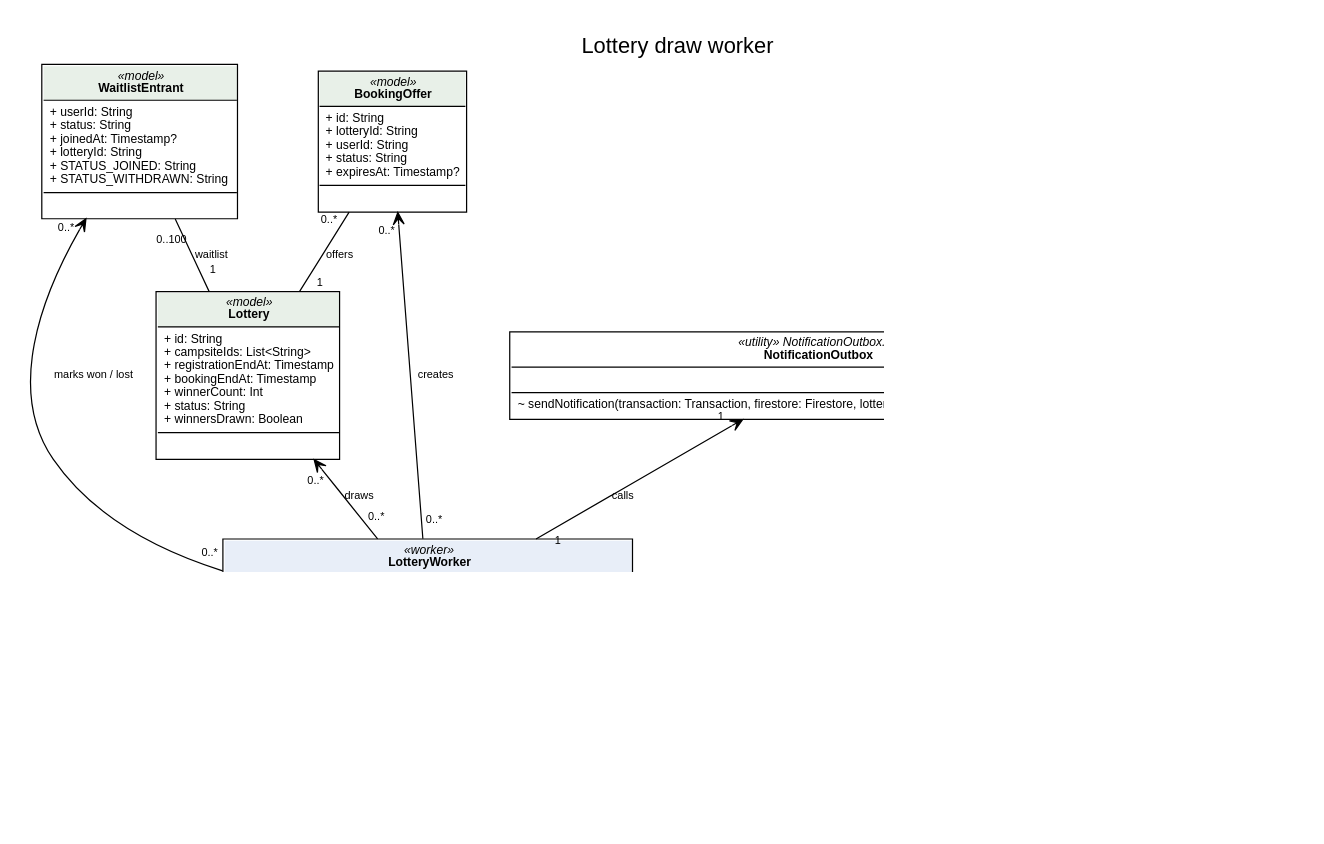
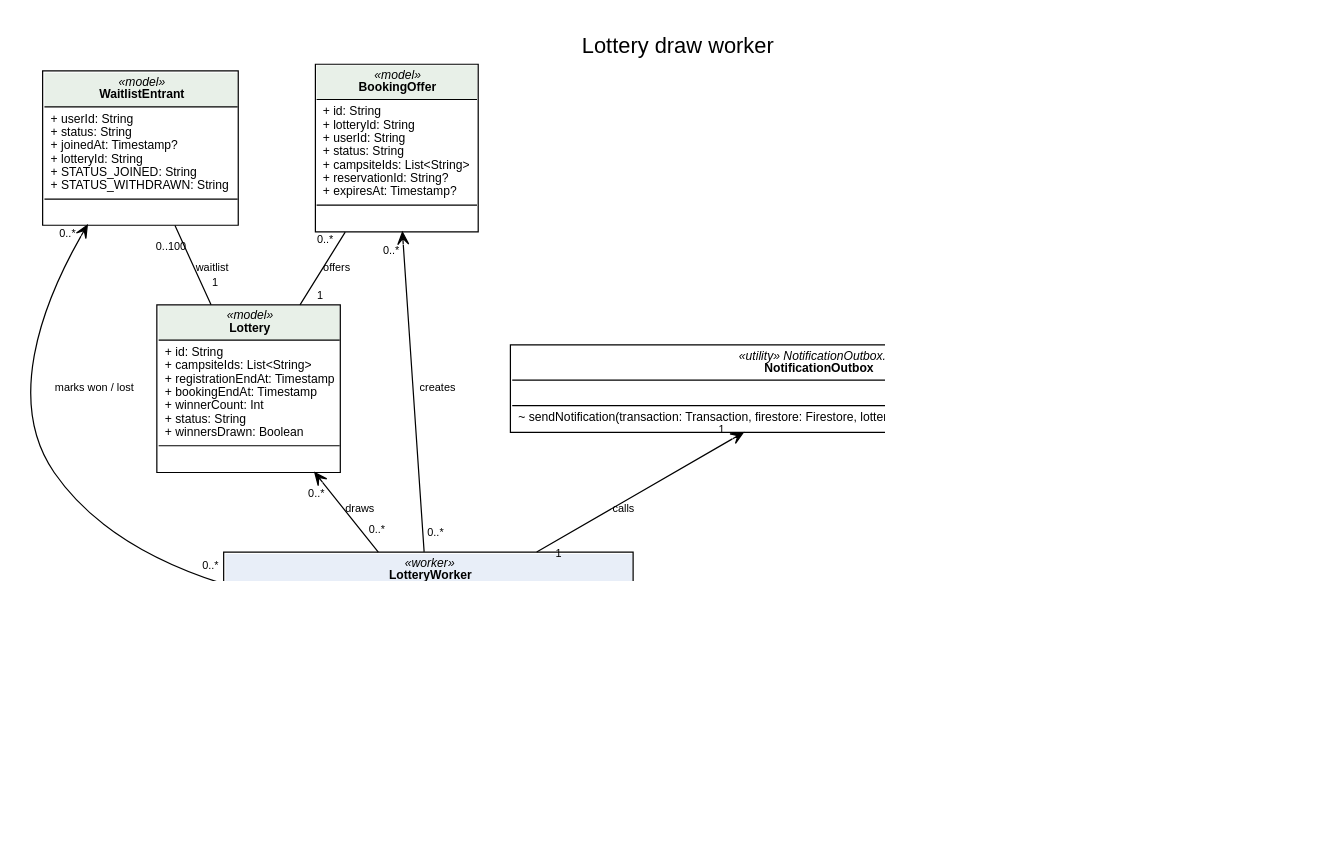
One commit to CMPUT301F26-legion/legion-events changed the diagram in doc/uml/lottery_worker.dot. Above: the diagram before and after it, drawn with Graphviz. The commit also changed 34 other files, not shown here.

```diff
--- a/doc/uml/lottery_worker.dot
+++ b/doc/uml/lottery_worker.dot
@@ -1,29 +1,29 @@
 // UML class diagram: lottery draw worker (Person 6)
 // Render with: python3 render.py lottery_worker.dot lottery_worker.png  (needs Graphviz and Google Chrome)
 digraph G {
   graph [rankdir=BT fontname="Liberation Sans" nodesep=0.5 ranksep=0.7 dpi=110 pad=0.3
          label="Lottery draw worker" labelloc=t fontsize=18];
   node  [shape=plain fontname="Liberation Sans" fontsize=10];
   edge  [fontname="Liberation Sans" fontsize=9 labeldistance=1.8 labelangle=35];
   // Notation: extends (hollow triangle), one-way navigability (open arrow), association (plain line),
   // aggregation (hollow diamond on the owner), composition (filled diamond on the owner).
   // taillabel = source multiplicity, headlabel = target multiplicity. Extends has none.
 
   Main [label=<<TABLE BORDER="1" CELLBORDER="0" CELLSPACING="0" CELLPADDING="4"><TR><TD><I>«utility» Main.kt</I><BR/><B>Main</B></TD></TR><TR><TD ALIGN="LEFT" BALIGN="LEFT" SIDES="T" BORDER="1"> </TD></TR><TR><TD ALIGN="LEFT" BALIGN="LEFT" SIDES="T" BORDER="1">+ main(args: Array&lt;String&gt;)<BR/>- sendLotteryPush(messaging: FirebaseMessaging, push: LotteryPush): Boolean</TD></TR></TABLE>>];
   LotteryWorker [label=<<TABLE BORDER="1" CELLBORDER="0" CELLSPACING="0" CELLPADDING="4"><TR><TD BGCOLOR="#e8eef8"><I>«worker»</I><BR/><B>LotteryWorker</B></TD></TR><TR><TD ALIGN="LEFT" BALIGN="LEFT" SIDES="T" BORDER="1">- firestore: Firestore<BR/>- MAX_WAITLIST_LIMIT = 100</TD></TR><TR><TD ALIGN="LEFT" BALIGN="LEFT" SIDES="T" BORDER="1">+ drawDueLotteries(cutoff: Timestamp): Int<BR/>- drawLottery(reference: DocumentReference, cutoff: Timestamp): Boolean<BR/>- DocumentSnapshot.isDue(cutoff: Timestamp): Boolean</TD></TR></TABLE>>];
   NotificationOutbox [label=<<TABLE BORDER="1" CELLBORDER="0" CELLSPACING="0" CELLPADDING="4"><TR><TD><I>«utility» NotificationOutbox.kt</I><BR/><B>NotificationOutbox</B></TD></TR><TR><TD ALIGN="LEFT" BALIGN="LEFT" SIDES="T" BORDER="1"> </TD></TR><TR><TD ALIGN="LEFT" BALIGN="LEFT" SIDES="T" BORDER="1">~ sendNotification(transaction: Transaction, firestore: Firestore, lotteryId: String, toUserId: String, offerId: String?)</TD></TR></TABLE>>];
   Lottery [label=<<TABLE BORDER="1" CELLBORDER="0" CELLSPACING="0" CELLPADDING="4"><TR><TD BGCOLOR="#e8f0e8"><I>«model»</I><BR/><B>Lottery</B></TD></TR><TR><TD ALIGN="LEFT" BALIGN="LEFT" SIDES="T" BORDER="1">+ id: String<BR/>+ campsiteIds: List&lt;String&gt;<BR/>+ registrationEndAt: Timestamp<BR/>+ bookingEndAt: Timestamp<BR/>+ winnerCount: Int<BR/>+ status: String<BR/>+ winnersDrawn: Boolean</TD></TR><TR><TD ALIGN="LEFT" BALIGN="LEFT" SIDES="T" BORDER="1"> </TD></TR></TABLE>>];
   WaitlistEntrant [label=<<TABLE BORDER="1" CELLBORDER="0" CELLSPACING="0" CELLPADDING="4"><TR><TD BGCOLOR="#e8f0e8"><I>«model»</I><BR/><B>WaitlistEntrant</B></TD></TR><TR><TD ALIGN="LEFT" BALIGN="LEFT" SIDES="T" BORDER="1">+ userId: String<BR/>+ status: String<BR/>+ joinedAt: Timestamp?<BR/>+ lotteryId: String<BR/>+ STATUS_JOINED: String<BR/>+ STATUS_WITHDRAWN: String</TD></TR><TR><TD ALIGN="LEFT" BALIGN="LEFT" SIDES="T" BORDER="1"> </TD></TR></TABLE>>];
-  BookingOffer [label=<<TABLE BORDER="1" CELLBORDER="0" CELLSPACING="0" CELLPADDING="4"><TR><TD BGCOLOR="#e8f0e8"><I>«model»</I><BR/><B>BookingOffer</B></TD></TR><TR><TD ALIGN="LEFT" BALIGN="LEFT" SIDES="T" BORDER="1">+ id: String<BR/>+ lotteryId: String<BR/>+ userId: String<BR/>+ status: String<BR/>+ expiresAt: Timestamp?</TD></TR><TR><TD ALIGN="LEFT" BALIGN="LEFT" SIDES="T" BORDER="1"> </TD></TR></TABLE>>];
+  BookingOffer [label=<<TABLE BORDER="1" CELLBORDER="0" CELLSPACING="0" CELLPADDING="4"><TR><TD BGCOLOR="#e8f0e8"><I>«model»</I><BR/><B>BookingOffer</B></TD></TR><TR><TD ALIGN="LEFT" BALIGN="LEFT" SIDES="T" BORDER="1">+ id: String<BR/>+ lotteryId: String<BR/>+ userId: String<BR/>+ status: String<BR/>+ campsiteIds: List&lt;String&gt;<BR/>+ reservationId: String?<BR/>+ expiresAt: Timestamp?</TD></TR><TR><TD ALIGN="LEFT" BALIGN="LEFT" SIDES="T" BORDER="1"> </TD></TR></TABLE>>];
   NotificationDelivery [label=<<TABLE BORDER="1" CELLBORDER="0" CELLSPACING="0" CELLPADDING="4"><TR><TD BGCOLOR="#e8eef8"><I>«worker»</I><BR/><B>NotificationDelivery</B></TD></TR><TR><TD ALIGN="LEFT" BALIGN="LEFT" SIDES="T" BORDER="1">- firestore: Firestore<BR/>- sendPush: (LotteryPush) -&gt; Boolean</TD></TR><TR><TD ALIGN="LEFT" BALIGN="LEFT" SIDES="T" BORDER="1">+ deliverPending(): Int<BR/>- prepare(reference: DocumentReference): Prepared<BR/>- finish(reference: DocumentReference, claimId: String, status: String)<BR/>- deliveryFields(status: String): Map&lt;String, Any&gt;</TD></TR></TABLE>>];
   LotteryPush [label=<<TABLE BORDER="1" CELLBORDER="0" CELLSPACING="0" CELLPADDING="4"><TR><TD><B>LotteryPush</B></TD></TR><TR><TD ALIGN="LEFT" BALIGN="LEFT" SIDES="T" BORDER="1">+ eventId: String<BR/>+ userId: String<BR/>+ type: String<BR/>+ token: String<BR/>+ claimId: String</TD></TR><TR><TD ALIGN="LEFT" BALIGN="LEFT" SIDES="T" BORDER="1"> </TD></TR></TABLE>>];
   Main -> NotificationDelivery [arrowhead=vee label="creates" taillabel="1" headlabel="0..1"];
   NotificationDelivery -> LotteryPush [arrowhead=vee label="sends" taillabel="1" headlabel="0..*"];
   Main -> LotteryWorker [arrowhead=vee label="creates" taillabel="1" headlabel="1"];
   LotteryWorker -> Lottery [arrowhead=vee label="draws" taillabel="0..*" headlabel="0..*"];
   LotteryWorker -> WaitlistEntrant [arrowhead=vee label="marks won / lost" taillabel="0..*" headlabel="0..*"];
   LotteryWorker -> BookingOffer [arrowhead=vee label="creates" taillabel="0..*" headlabel="0..*"];
   LotteryWorker -> NotificationOutbox [arrowhead=vee label="calls" taillabel="1" headlabel="1"];
   Lottery -> WaitlistEntrant [arrowhead=none label="waitlist" taillabel="1" headlabel="0..100"];
   Lottery -> BookingOffer [arrowhead=none label="offers" taillabel="1" headlabel="0..*"];
 }
```
